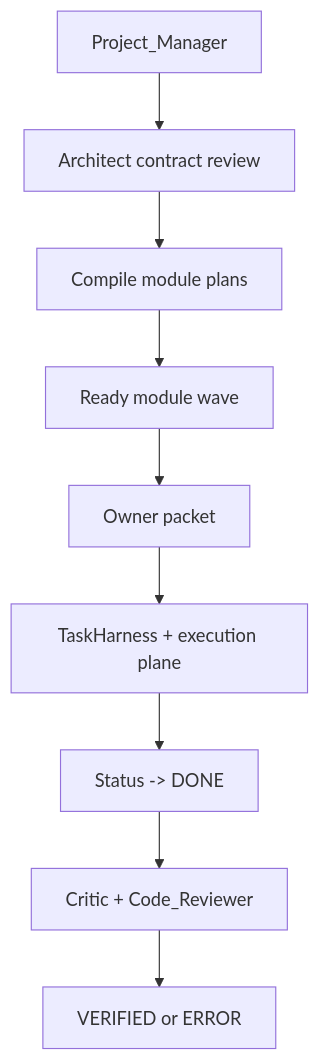
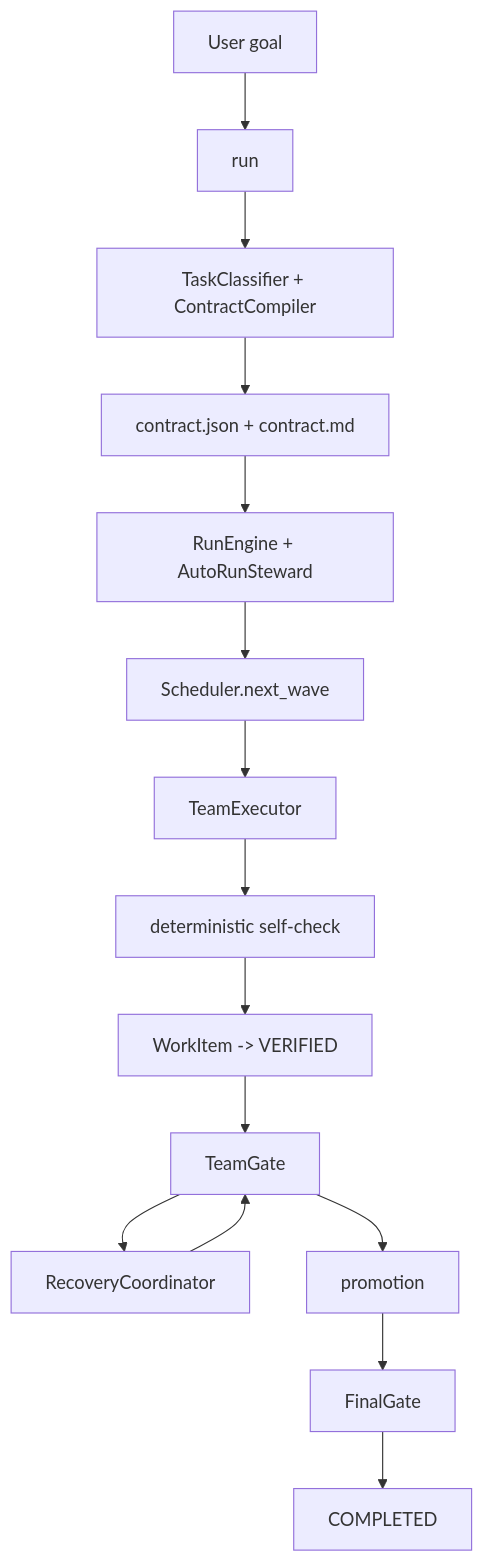
The second of 2 diagrams in README.md (imliinyi/Contract-Coding), drawn with Mermaid before and after one commit. The commit also changed other lines of this file and 99 other files, not shown here.

````diff
--- a/README.md
+++ b/README.md
@@ -56,11 +60,17 @@
 ```mermaid
 flowchart TD
-    PM["Project_Manager"] --> ARC["Architect contract review"]
-    ARC --> PLAN["Compile module plans"]
-    PLAN --> WAVE["Ready module wave"]
-    WAVE --> OWNER["Owner packet"]
-    OWNER --> HARNESS["TaskHarness + execution plane"]
-    HARNESS --> DONE["Status -> DONE"]
-    DONE --> REVIEW["Critic + Code_Reviewer"]
-    REVIEW --> VERIFIED["VERIFIED or ERROR"]
+    GOAL["User goal"] --> AUTO["run <task>"]
+    AUTO --> COMPILE["TaskClassifier + ContractCompiler"]
+    COMPILE --> CONTRACT["contract.json + contract.md"]
+    CONTRACT --> RUN["RunEngine + AutoRunSteward"]
+    RUN --> WAVE["Scheduler.next_wave"]
+    WAVE --> TEAM["TeamExecutor"]
+    TEAM --> SELF["deterministic self-check"]
+    SELF --> VERIFIED["WorkItem -> VERIFIED"]
+    VERIFIED --> TG["TeamGate"]
+    TG --> RECOVERY["RecoveryCoordinator"]
+    RECOVERY --> TG
+    TG --> PROMOTE["promotion"]
+    PROMOTE --> FG["FinalGate"]
+    FG --> COMPLETE["COMPLETED"]
 ```
````
